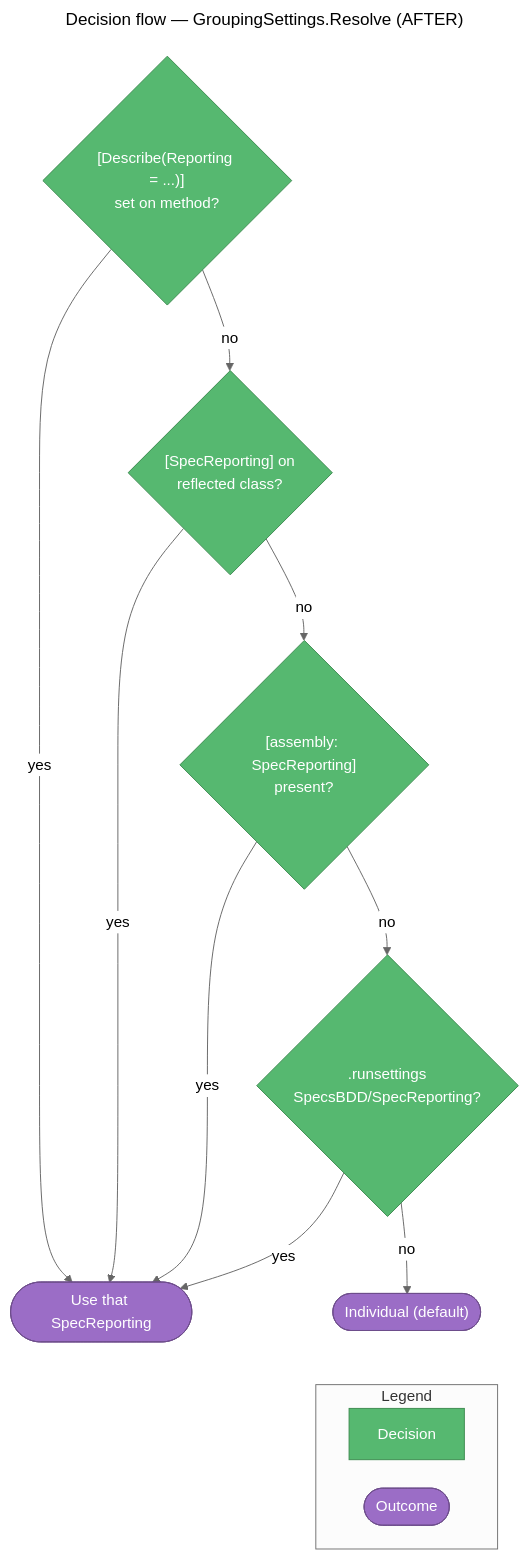
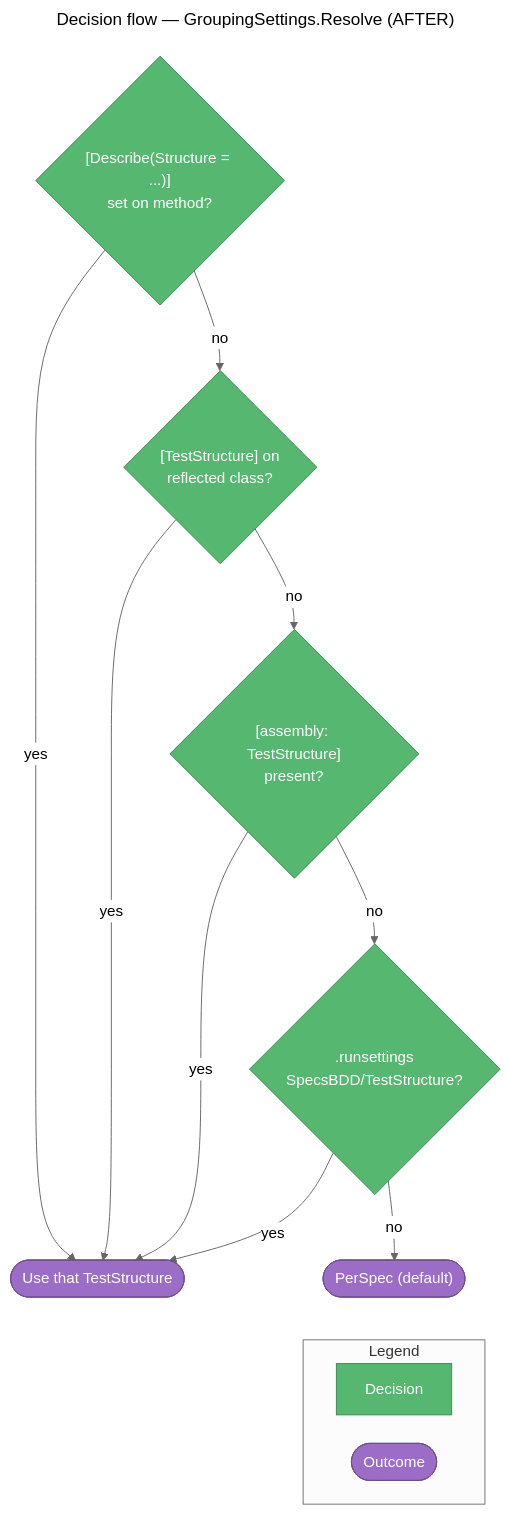
Before and after one commit to yozepi/Specs: diagram 13 of 22 in memory-bank/systemPatterns.md, drawn with Mermaid. The commit also changed other lines of this file and 45 other files, not shown here.

First line of the commit message:
Rename SpecReporting to TestStructure

````diff
--- a/memory-bank/systemPatterns.md
+++ b/memory-bank/systemPatterns.md
@@ -546,30 +549,30 @@
 ```mermaid
 ---
 title: "Decision flow — GroupingSettings.Resolve (AFTER)"
 ---
 %%{init: {'theme': 'neutral', 'flowchart': {'nodeSpacing': 30, 'rankSpacing': 45, 'wrappingWidth': 160}}}%%
 flowchart TD
-    A{"[Describe(Reporting = ...)]<br/>set on method?"}:::app
-    B{"[SpecReporting] on<br/>reflected class?"}:::app
-    C{"[assembly: SpecReporting]<br/>present?"}:::app
-    D{".runsettings<br/>SpecsBDD/SpecReporting?"}:::app
-    V(["Use that SpecReporting"]):::data
-    I(["Individual (default)"]):::data
+    A{"[Describe(Structure = ...)]<br/>set on method?"}:::app
+    B{"[TestStructure] on<br/>reflected class?"}:::app
+    C{"[assembly: TestStructure]<br/>present?"}:::app
+    D{".runsettings<br/>SpecsBDD/TestStructure?"}:::app
+    V(["Use that TestStructure"]):::data
+    I(["PerSpec (default)"]):::data
 
     A -->|"no"| B
     B -->|"no"| C
     C -->|"no"| D
     D -->|"no"| I
     A & B & C & D -->|"yes"| V
 
     subgraph LEGEND["Legend"]
         direction LR
         L1["Decision"]:::app
         L2(["Outcome"]):::data
     end
 
     I ~~~ LEGEND
 
     classDef app fill:#56B870,stroke:#3D8B50,color:#fff
     classDef data fill:#9B6DC6,stroke:#6E4D8C,color:#fff
 ```
````
